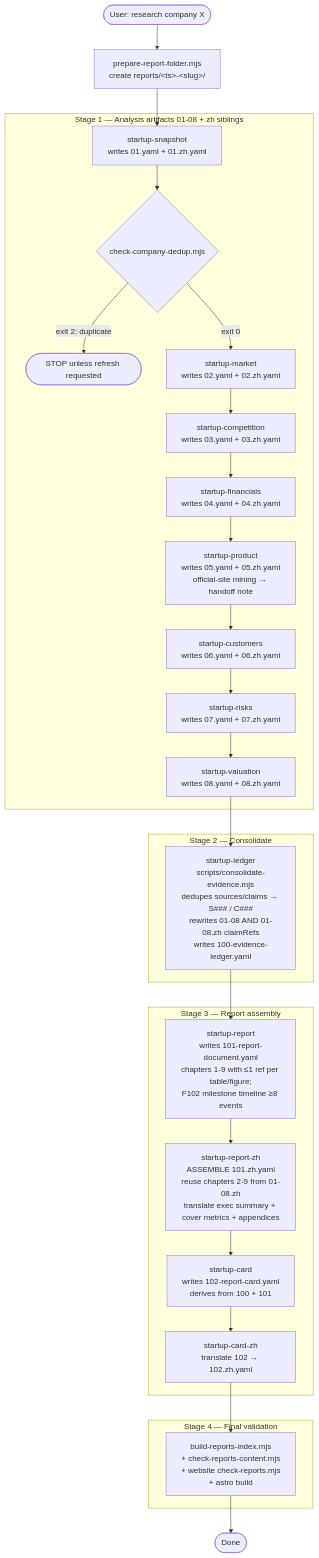
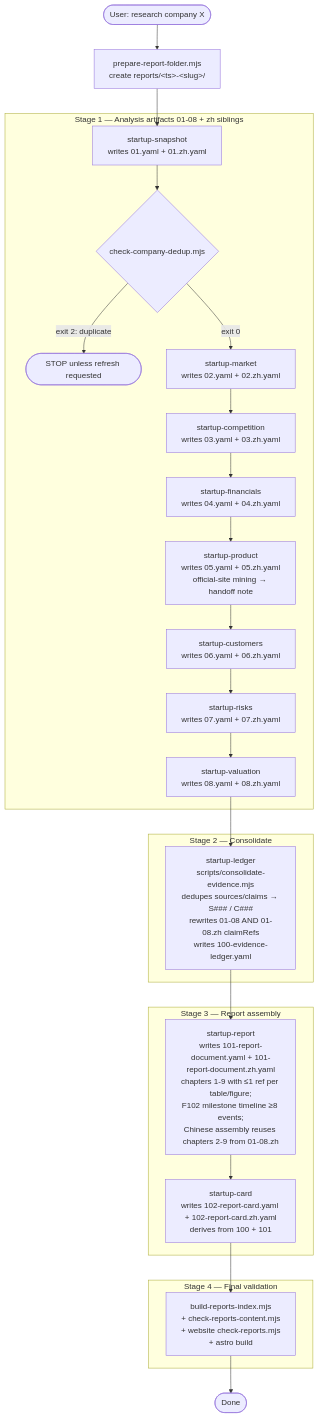
Before and after one commit to huangyingting/startup: the first of 3 diagrams in README.md, drawn with Mermaid. The commit also changed other lines of this file and 24 other files, not shown here.

````diff
--- a/README.md
+++ b/README.md
@@ -17,43 +17,41 @@
 ```mermaid
 flowchart TD
   Start([User: research company X]) --> Setup[prepare-report-folder.mjs<br/>create reports/&lt;ts&gt;-&lt;slug&gt;/]
   Setup --> Snapshot
 
   subgraph Stage1[Stage 1 — Analysis artifacts 01-08 + zh siblings]
     Snapshot[startup-snapshot<br/>writes 01.yaml + 01.zh.yaml]
     Snapshot --> Dedup{check-company-dedup.mjs}
     Dedup -- exit 2: duplicate --> Stop([STOP unless refresh requested])
     Dedup -- exit 0 --> Market
 
     Market[startup-market<br/>writes 02.yaml + 02.zh.yaml] --> Compete
     Compete[startup-competition<br/>writes 03.yaml + 03.zh.yaml] --> Fin
     Fin[startup-financials<br/>writes 04.yaml + 04.zh.yaml] --> Prod
     Prod[startup-product<br/>writes 05.yaml + 05.zh.yaml<br/>official-site mining → handoff note] --> Cust
     Cust[startup-customers<br/>writes 06.yaml + 06.zh.yaml] --> Risk
     Risk[startup-risks<br/>writes 07.yaml + 07.zh.yaml] --> Val
     Val[startup-valuation<br/>writes 08.yaml + 08.zh.yaml]
   end
 
   Val --> Ledger
 
   subgraph Stage2[Stage 2 — Consolidate]
     Ledger[startup-ledger<br/>scripts/consolidate-evidence.mjs<br/>dedupes sources/claims → S### / C###<br/>rewrites 01-08 AND 01-08.zh claimRefs<br/>writes 100-evidence-ledger.yaml]
   end
 
   Ledger --> Report
 
   subgraph Stage3[Stage 3 — Report assembly]
-    Report[startup-report<br/>writes 101-report-document.yaml<br/>chapters 1-9 with ≤1 ref per table/figure;<br/>F102 milestone timeline ≥8 events]
-    Report --> ReportZh[startup-report-zh<br/>ASSEMBLE 101.zh.yaml<br/>reuse chapters 2-9 from 01-08.zh<br/>translate exec summary + cover metrics + appendices]
-    ReportZh --> Card[startup-card<br/>writes 102-report-card.yaml<br/>derives from 100 + 101]
-    Card --> CardZh[startup-card-zh<br/>translate 102 → 102.zh.yaml]
+    Report[startup-report<br/>writes 101-report-document.yaml + 101-report-document.zh.yaml<br/>chapters 1-9 with ≤1 ref per table/figure;<br/>F102 milestone timeline ≥8 events;<br/>Chinese assembly reuses chapters 2-9 from 01-08.zh]
+    Report --> Card[startup-card<br/>writes 102-report-card.yaml + 102-report-card.zh.yaml<br/>derives from 100 + 101]
   end
 
-  CardZh --> FinalVal
+  Card --> FinalVal
 
   subgraph Stage4[Stage 4 — Final validation]
     FinalVal[build-reports-index.mjs<br/>+ check-reports-content.mjs<br/>+ website check-reports.mjs<br/>+ astro build]
   end
 
   FinalVal --> End([Done])
 ```
````
